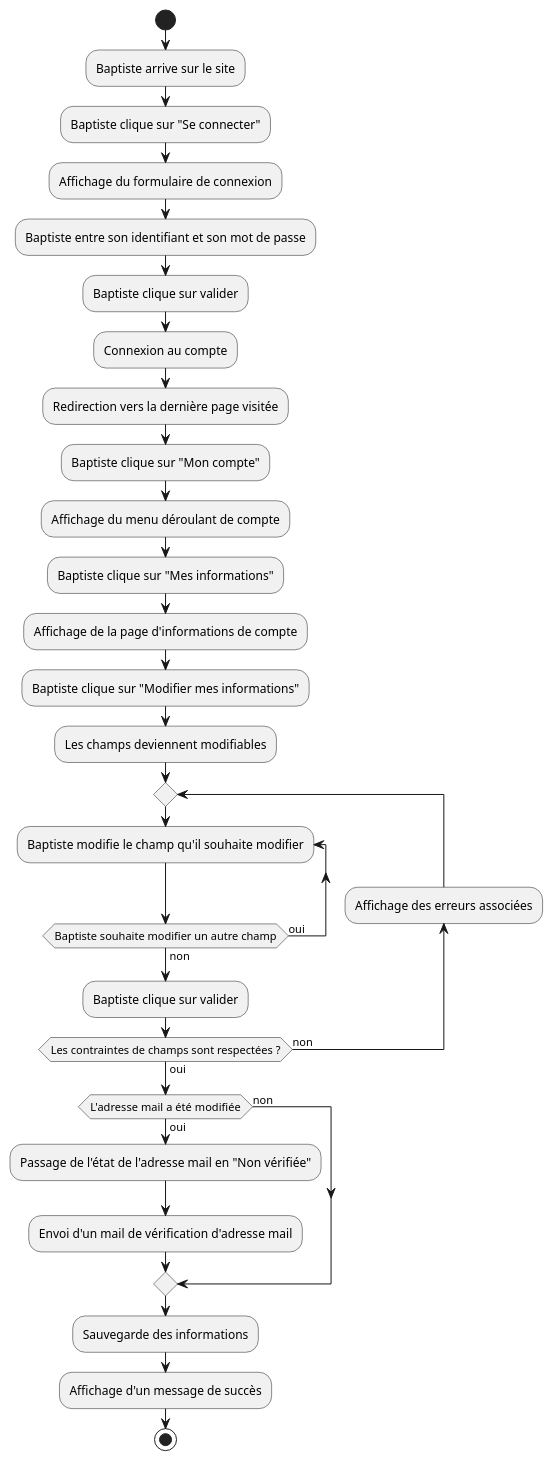
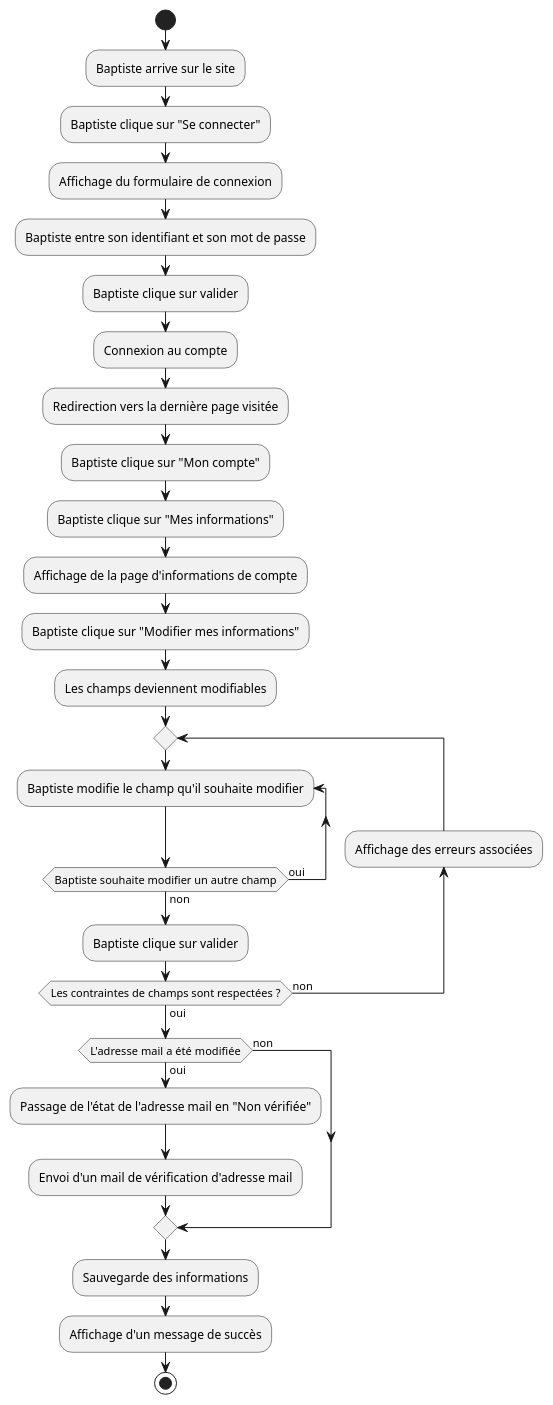
One commit to Gumpah/project_6 changed the diagram in diagrams/client_modify_my_informations.puml. Above: the diagram before and after it, drawn with PlantUML. The commit also changed 5 other files, not shown here.

Commit message:
Updating diagrams

```diff
--- a/diagrams/client_modify_my_informations.puml
+++ b/diagrams/client_modify_my_informations.puml
@@ -1,33 +1,32 @@
 @startuml
 'https://plantuml.com/activity-diagram-beta
 
 start
 :Baptiste arrive sur le site;
 :Baptiste clique sur "Se connecter";
 :Affichage du formulaire de connexion;
 :Baptiste entre son identifiant et son mot de passe;
 :Baptiste clique sur valider;
 :Connexion au compte;
 :Redirection vers la dernière page visitée;
 :Baptiste clique sur "Mon compte";
-:Affichage du menu déroulant de compte;
 :Baptiste clique sur "Mes informations";
 :Affichage de la page d'informations de compte;
 :Baptiste clique sur "Modifier mes informations";
 :Les champs deviennent modifiables;
 repeat
 backward:Affichage des erreurs associées;
 repeat :Baptiste modifie le champ qu'il souhaite modifier;
 repeat while (Baptiste souhaite modifier un autre champ) is (oui) not (non)
 :Baptiste clique sur valider;
 repeat while (Les contraintes de champs sont respectées ?) is (non) not (oui)
 if (L'adresse mail a été modifiée) then (oui)
 :Passage de l'état de l'adresse mail en "Non vérifiée";
 :Envoi d'un mail de vérification d'adresse mail;
 else (non)
 endif
 :Sauvegarde des informations;
 :Affichage d'un message de succès;
 stop
 
 @enduml
```
